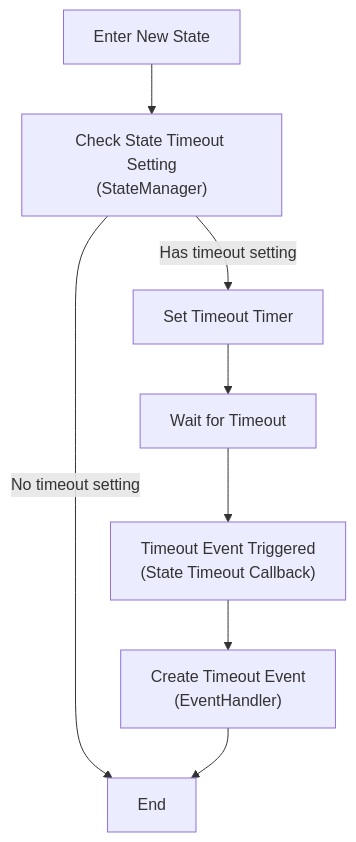
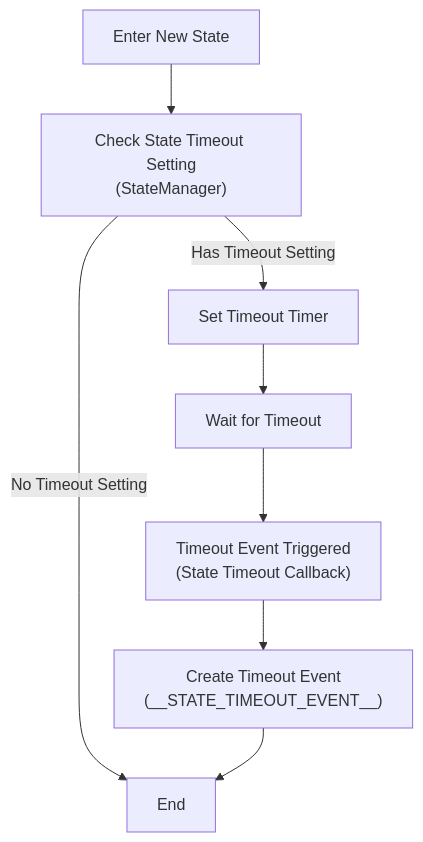
One commit to JUSTLIKEHU/StateMachine_Frame changed the fourth of 6 diagrams in README.md. Above: the diagram before and after it, drawn with Mermaid. The commit also changed other lines of this file and 18 other files, not shown here.

````diff
--- a/README.md
+++ b/README.md
@@ -1187,11 +1274,11 @@
 ```mermaid
 graph TD
     Start["Enter New State"] --> Check["Check State Timeout Setting<br>(StateManager)"]
-    Check -- Has timeout setting --> SetTimer["Set Timeout Timer"]
-    Check -- No timeout setting --> End[End]
+    Check -- Has Timeout Setting --> SetTimer["Set Timeout Timer"]
+    Check -- No Timeout Setting --> End[End]
     
     SetTimer --> WaitTimeout["Wait for Timeout"]
     WaitTimeout --> Timeout["Timeout Event Triggered<br>(State Timeout Callback)"]
-    Timeout --> CreateEvent["Create Timeout Event<br>(EventHandler)"]
+    Timeout --> CreateEvent["Create Timeout Event<br>(__STATE_TIMEOUT_EVENT__)"]
     CreateEvent --> End
 ```
````
